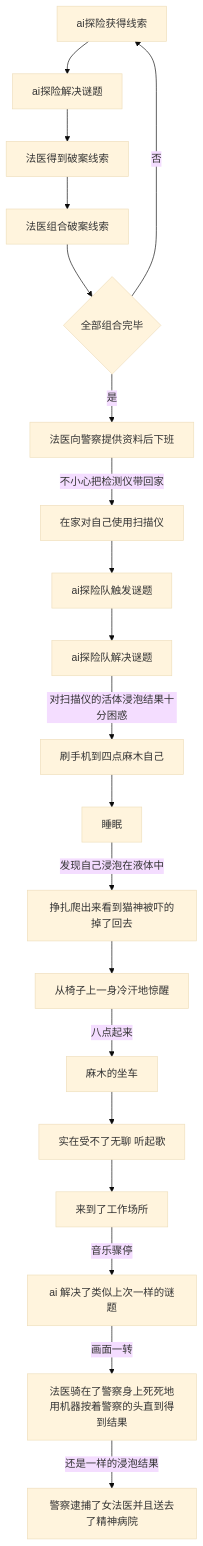
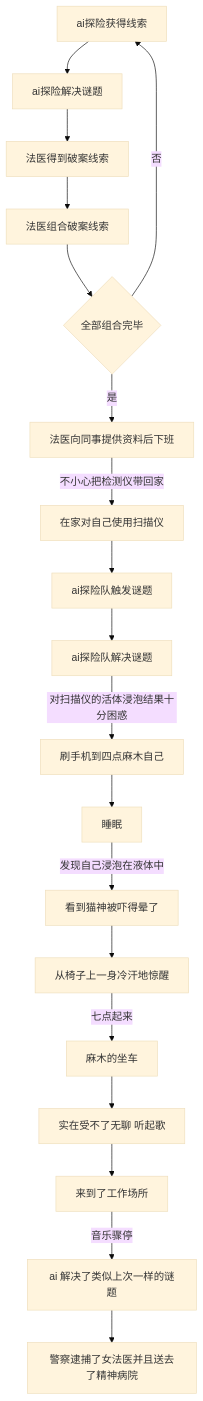
Before and after one commit to chichinohaha/nekogami: the first of 5 diagrams in readme.md, drawn with Mermaid (base theme). The commit also changed other lines of this file, not shown here.

````diff
--- a/readme.md
+++ b/readme.md
@@ -86,24 +86,23 @@
 ```mermaid
 graph TD;
 
 ai[ai探险获得线索]-->ai2[ai探险解决谜题];
 ai2-->fy[法医得到破案线索];
 fy[法医得到破案线索]-->fy2[法医组合破案线索];
 fy2-->fin{全部组合完毕};
 fin-->|否|ai;
-fin-->|是|fyFin[法医向警察提供资料后下班];
+fin-->|是|fyFin[法医向同事提供资料后下班];
 fyFin-->|不小心把检测仪带回家|home[在家对自己使用扫描仪];
 home-->aiHome[ai探险队触发谜题];
 aiHome-->aiHome2[ai探险队解决谜题];
 aiHome2-->|对扫描仪的活体浸泡结果十分困惑|phone[刷手机到四点麻木自己];
 phone-->sleep[睡眠]; 
-sleep-->|发现自己浸泡在液体中|sleep2[挣扎爬出来看到猫神被吓的掉了回去];
+sleep-->|发现自己浸泡在液体中|sleep2[看到猫神被吓得晕了];
 sleep2-->wake[从椅子上一身冷汗地惊醒];
-wake-->|八点起来|car[麻木的坐车];
+wake-->|七点起来|car[麻木的坐车];
 car-->music[实在受不了无聊 听起歌];
 music-->work[来到了工作场所];
 work-->|音乐骤停|aiwork[ai 解决了类似上次一样的谜题];
-aiwork-->|画面一转|lie[法医骑在了警察身上死死地用机器按着警察的头直到得到结果];
-lie-->|还是一样的浸泡结果|catch[警察逮捕了女法医并且送去了精神病院];
+aiwork-->catch[警察逮捕了女法医并且送去了精神病院];
 
 ```
````
